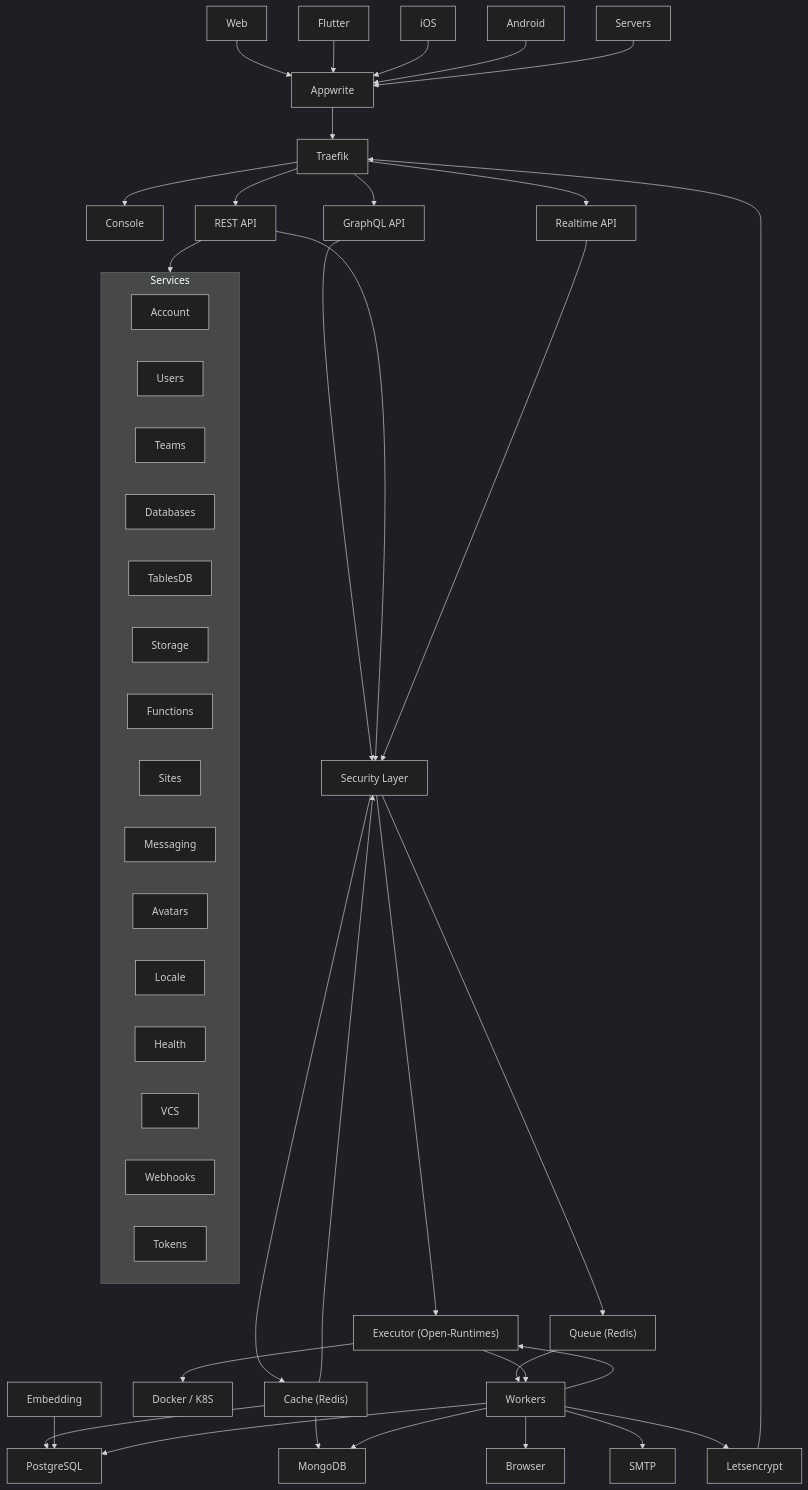
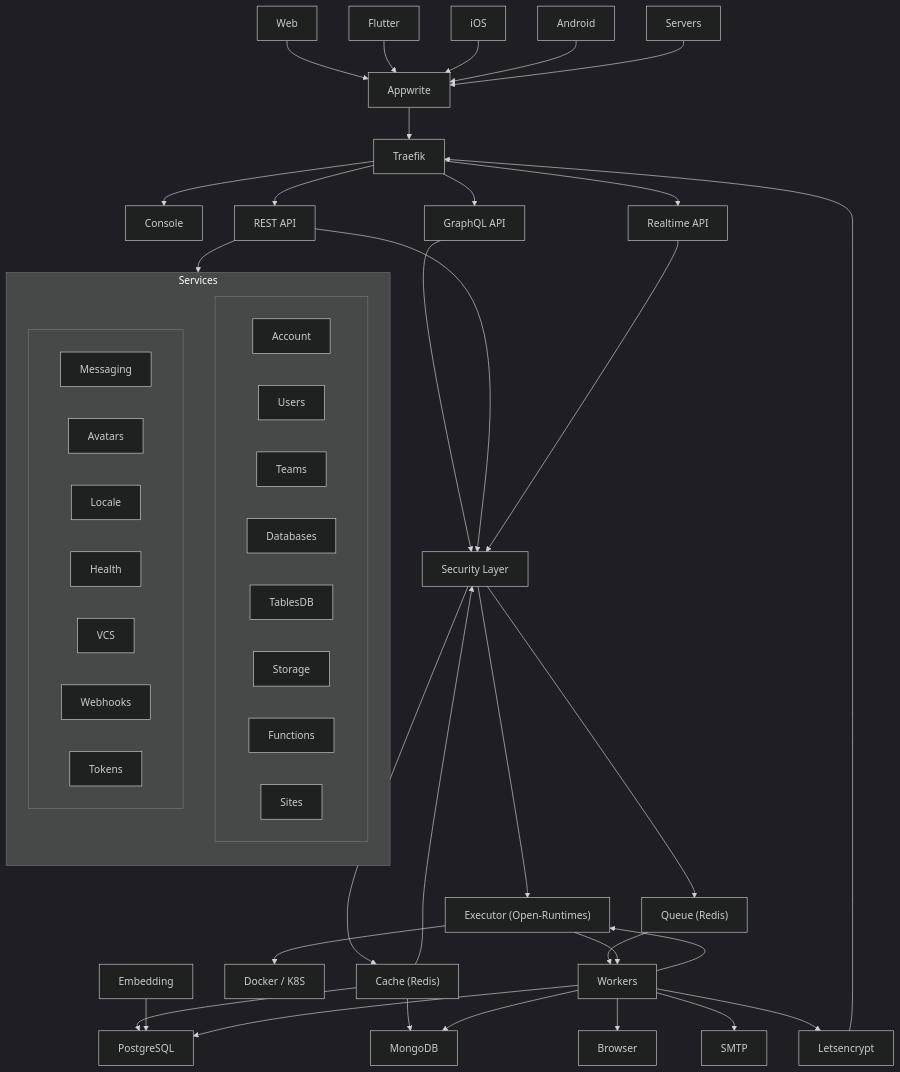
Before and after one commit to appwrite/appwrite: the diagram in README-CN.md, drawn with Mermaid (dark theme). The commit also changed 1 other file, not shown here.

Commit message:
docs: lay out architecture services on two rows

````diff
--- a/README-CN.md
+++ b/README-CN.md
@@ -215,58 +215,65 @@
 ```mermaid
 flowchart TB
   Web --> Appwrite
   Flutter --> Appwrite
   iOS --> Appwrite
   Android --> Appwrite
   Servers --> Appwrite
 
   Appwrite --> traefik[Traefik]
   traefik --> Console
   traefik --> restApi[REST API]
   traefik --> graphqlApi[GraphQL API]
   traefik --> realtimeApi[Realtime API]
 
   subgraph services [Services]
-    Account
-    Users
-    Teams
-    Databases
-    TablesDB
-    Storage
-    Functions
-    Sites
-    Messaging
-    Avatars
-    Locale
-    Health
-    VCS
-    Webhooks
-    Tokens
+    direction TB
+    subgraph servicesRow1[" "]
+      direction LR
+      Account
+      Users
+      Teams
+      Databases
+      TablesDB
+      Storage
+      Functions
+      Sites
+    end
+    subgraph servicesRow2[" "]
+      direction LR
+      Messaging
+      Avatars
+      Locale
+      Health
+      VCS
+      Webhooks
+      Tokens
+    end
   end
 
   restApi --> services
 
   graphqlApi --> securityLayer[Security Layer]
   restApi --> securityLayer
   realtimeApi --> securityLayer
 
   securityLayer --> executor["Executor (Open-Runtimes)"]
   securityLayer --> cache["Cache (Redis)"]
   securityLayer --> queue["Queue (Redis)"]
   cache --> securityLayer
 
   executor --> dockerK8s["Docker / K8S"]
   cache --> postgresql[PostgreSQL]
   cache --> mongodb[MongoDB]
   embedding[Embedding] --> postgresql
 
   queue --> workers[Workers]
   executor --> workers
   workers --> executor
   workers --> postgresql
   workers --> mongodb
   workers --> browser[Browser]
   workers --> SMTP
   workers --> Letsencrypt
   Letsencrypt --> traefik
 ```
````
